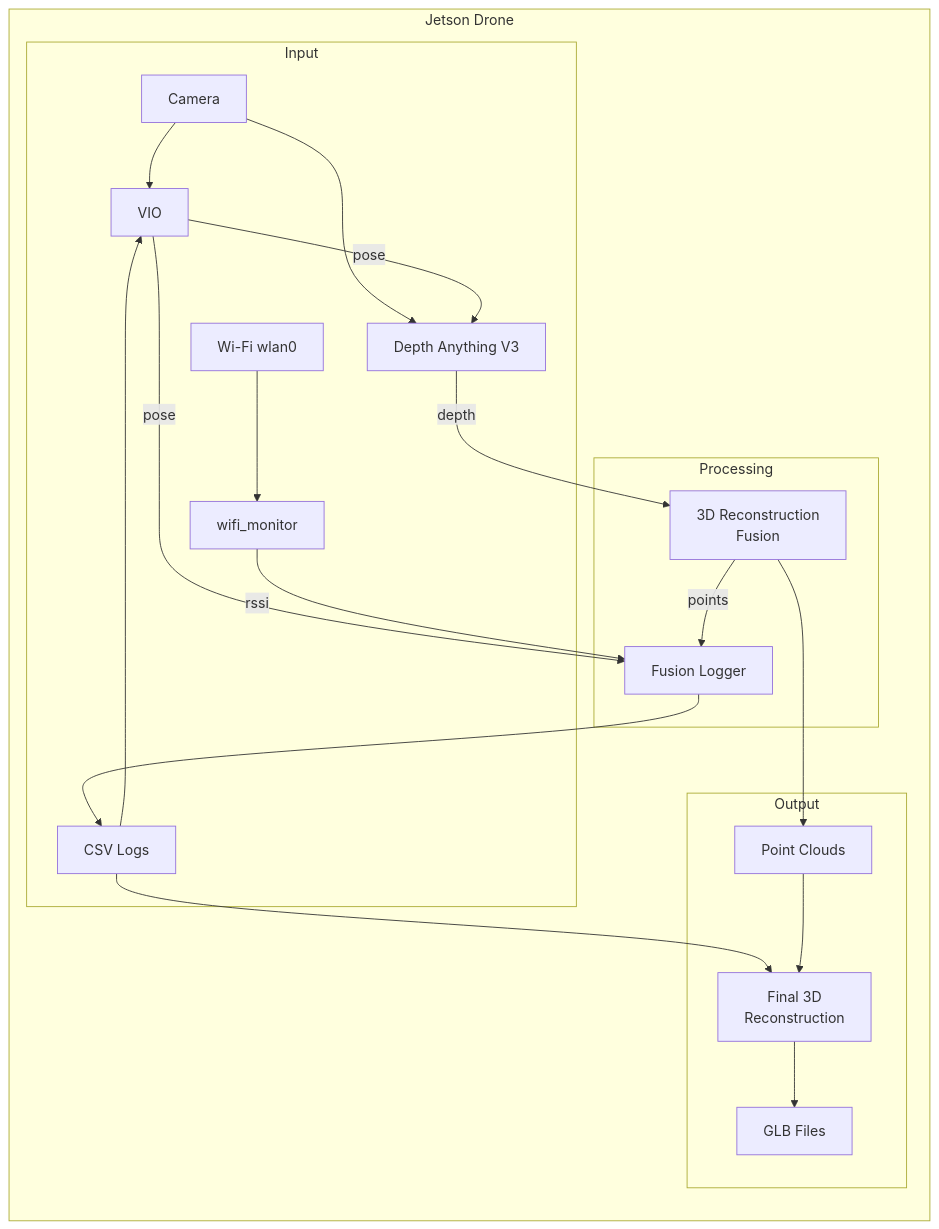
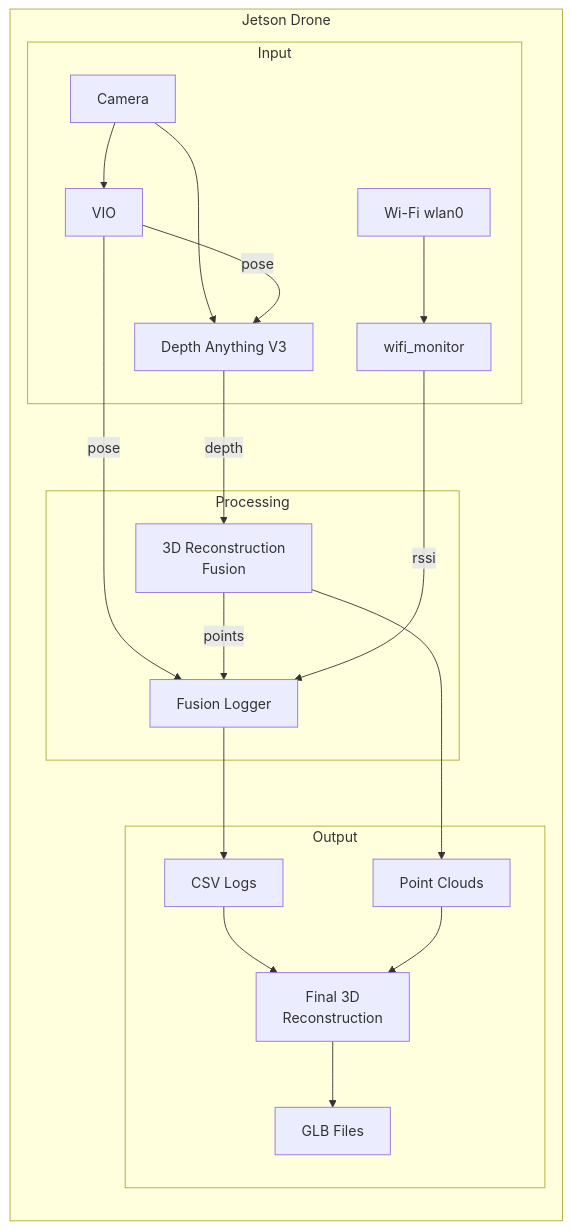
The second of 6 diagrams in README.md (Shluo03/AirSniff), drawn with Mermaid before and after one commit.

````diff
--- a/README.md
+++ b/README.md
@@ -40,28 +40,27 @@
 ```mermaid
 graph LR
     subgraph Jetson Drone
         subgraph Input
             A[Camera] --> B[VIO]
-            H[IMU] --> B[VIO]
             A --> C[Depth Anything V3]
             D[Wi-Fi wlan0] --> E[wifi_monitor]
         end
         
         subgraph Processing
             B -->|pose| C
             B -->|pose| F[Fusion Logger]
             C -->|depth| G[3D Reconstruction<br/>Fusion]
             G -->|points| F
             E -->|rssi| F
         end
         
         subgraph Output
             F --> H[CSV Logs]
             G --> I[Point Clouds]
             H --> J[Final 3D<br/>Reconstruction]
             I --> J
             J --> K[GLB Files]
             
         end
     end
 ```
````
